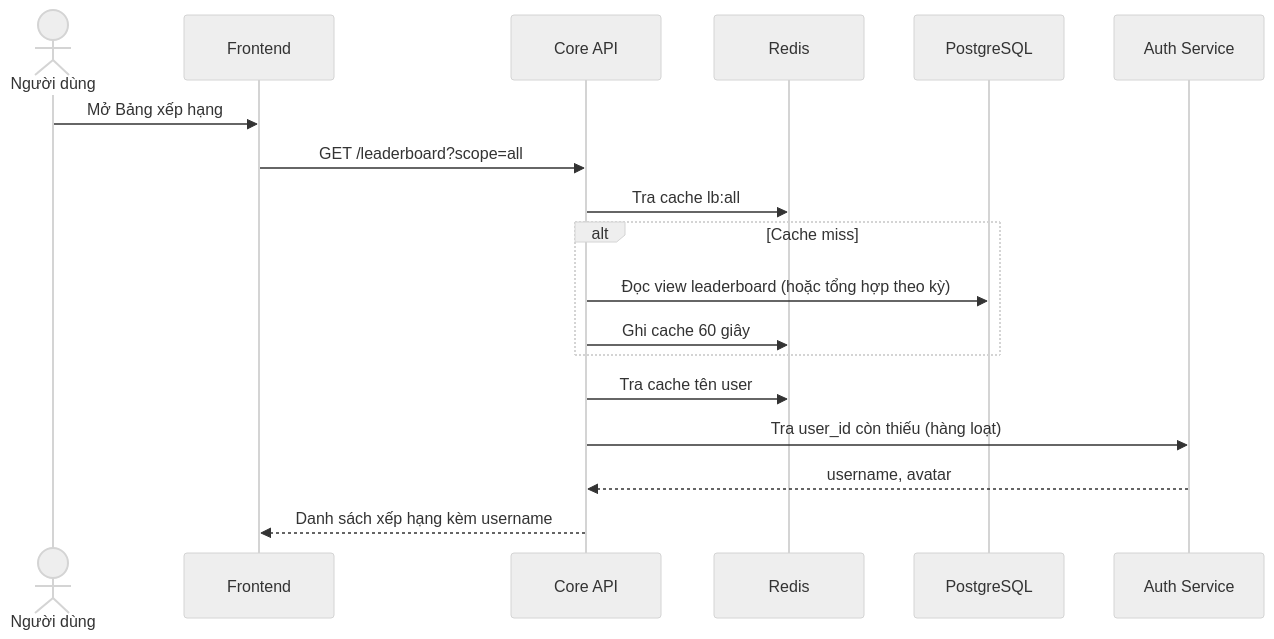
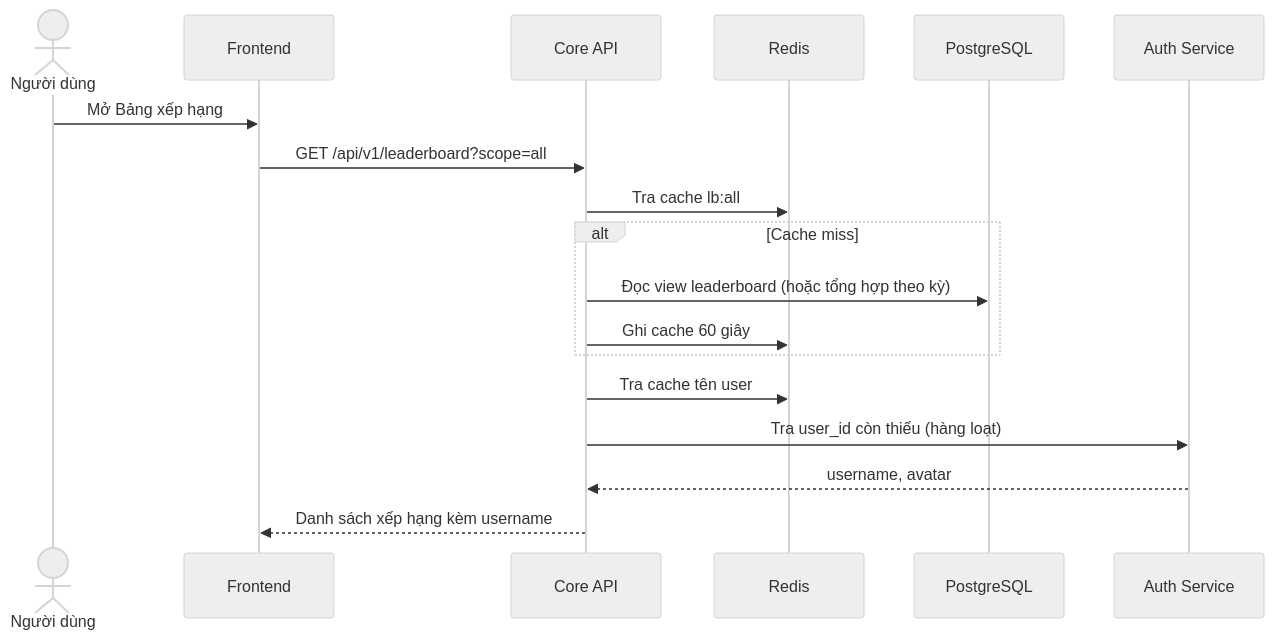
One commit to code-automatic/srs changed the sixth of 7 diagrams in 01_SRS_Coding_Judge_Platform.md. Above: the diagram before and after it, drawn with Mermaid (neutral theme). The commit also changed other lines of this file and 3 other files, not shown here.

````diff
--- a/01_SRS_Coding_Judge_Platform.md
+++ b/01_SRS_Coding_Judge_Platform.md
@@ -1116,20 +754,20 @@
 ```mermaid
 sequenceDiagram
     actor U as Người dùng
     participant FE as Frontend
     participant CO as Core API
     participant RD as Redis
     participant DB as PostgreSQL
     participant AU as Auth Service
     U->>FE: Mở Bảng xếp hạng
-    FE->>CO: GET /leaderboard?scope=all
+    FE->>CO: GET /api/v1/leaderboard?scope=all
     CO->>RD: Tra cache lb:all
     alt Cache miss
         CO->>DB: Đọc view leaderboard (hoặc tổng hợp theo kỳ)
         CO->>RD: Ghi cache 60 giây
     end
     CO->>RD: Tra cache tên user
     CO->>AU: Tra user_id còn thiếu (hàng loạt)
     AU-->>CO: username, avatar
     CO-->>FE: Danh sách xếp hạng kèm username
 ```
````
